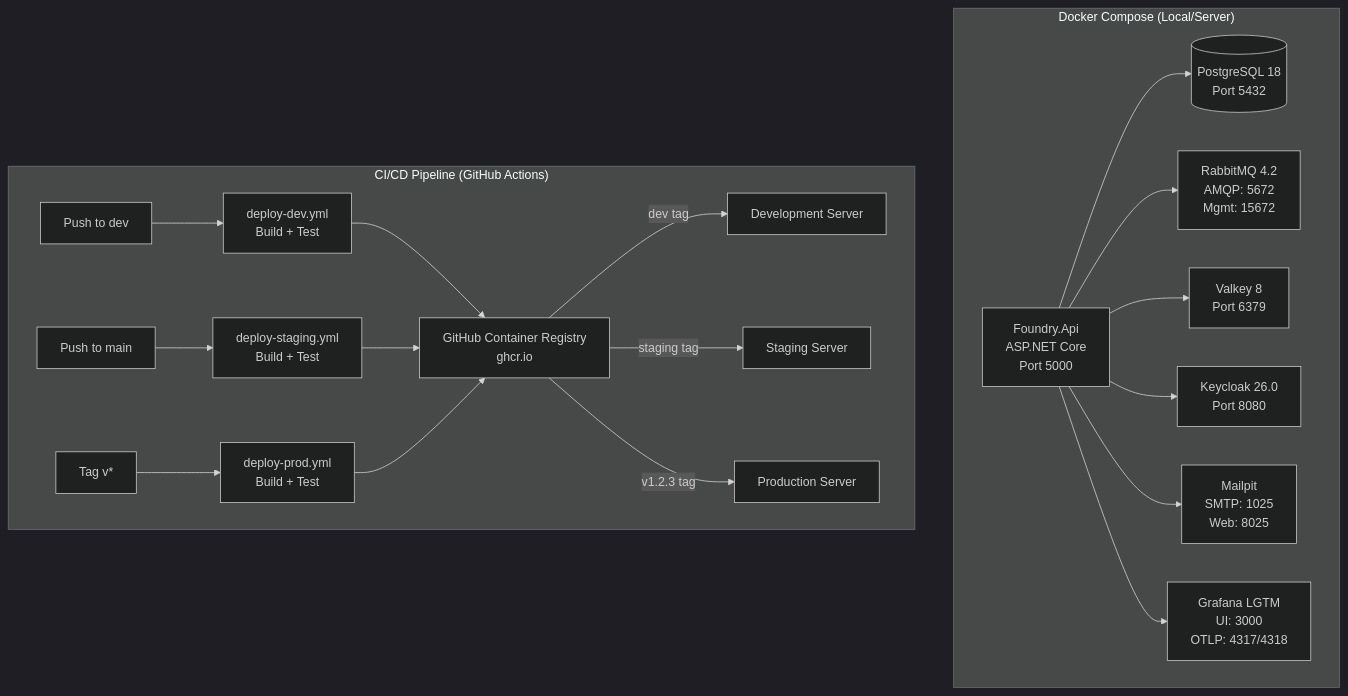
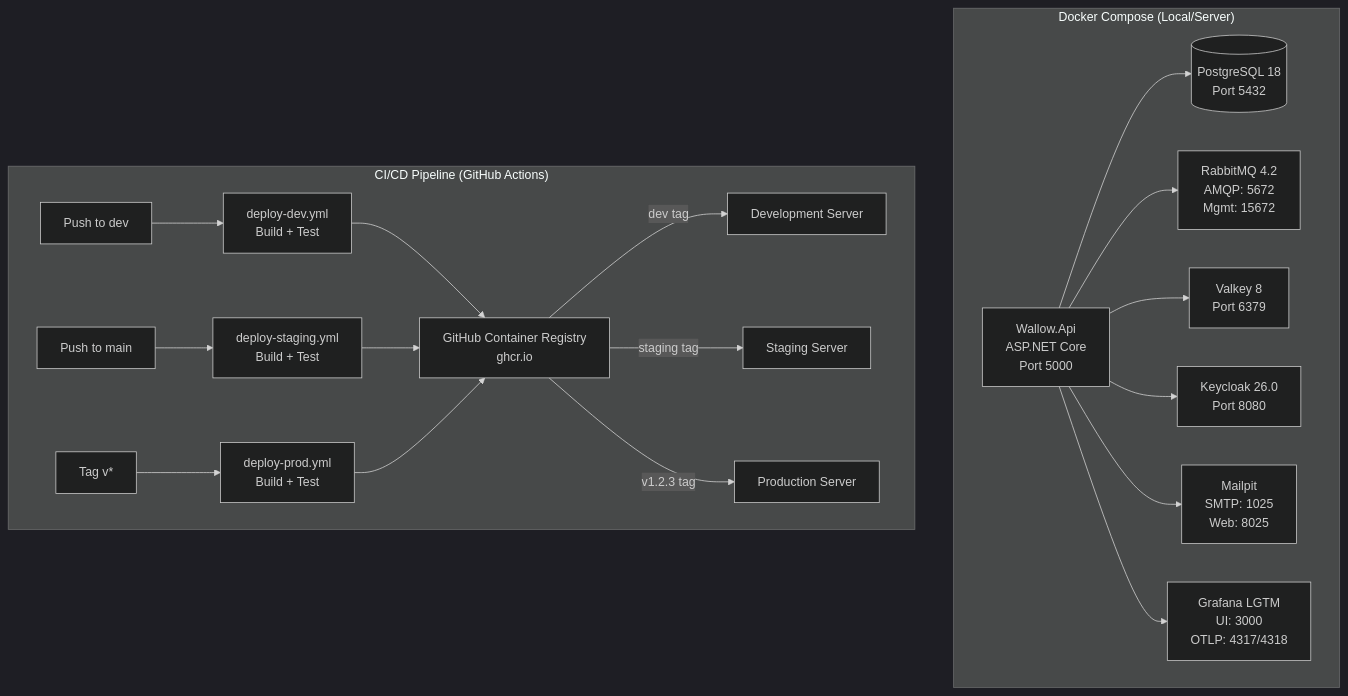
Before and after one commit to bc-solutions-coder/wallow: the fourth of 6 diagrams in docs/architecture/ARCHITECTURE-DIAGRAMS.md, drawn with Mermaid (dark theme). The commit also changed other lines of this file and 3486 other files, not shown here.

First line of the commit message:
refactor!: rename project from Foundry to Wallow

````diff
--- a/docs/architecture/ARCHITECTURE-DIAGRAMS.md
+++ b/docs/architecture/ARCHITECTURE-DIAGRAMS.md
@@ -160,48 +160,48 @@
 ```mermaid
 graph TB
     subgraph "Docker Compose (Local/Server)"
         Postgres[(PostgreSQL 18<br/>Port 5432)]
         RabbitMQ[RabbitMQ 4.2<br/>AMQP: 5672<br/>Mgmt: 15672]
         Valkey[Valkey 8<br/>Port 6379]
         Keycloak[Keycloak 26.0<br/>Port 8080]
         Mailpit[Mailpit<br/>SMTP: 1025<br/>Web: 8025]
         Grafana[Grafana LGTM<br/>UI: 3000<br/>OTLP: 4317/4318]
 
-        Api[Foundry.Api<br/>ASP.NET Core<br/>Port 5000]
+        Api[Wallow.Api<br/>ASP.NET Core<br/>Port 5000]
     end
 
     Api --> Postgres
     Api --> RabbitMQ
     Api --> Valkey
     Api --> Keycloak
     Api --> Mailpit
     Api --> Grafana
 
     subgraph "CI/CD Pipeline (GitHub Actions)"
         Dev[Push to dev]
         Main[Push to main]
         Tag[Tag v*]
 
         BuildDev[deploy-dev.yml<br/>Build + Test]
         BuildStg[deploy-staging.yml<br/>Build + Test]
         BuildProd[deploy-prod.yml<br/>Build + Test]
 
         GHCR[GitHub Container Registry<br/>ghcr.io]
 
         DevServer[Development Server]
         StgServer[Staging Server]
         ProdServer[Production Server]
     end
 
     Dev --> BuildDev
     Main --> BuildStg
     Tag --> BuildProd
 
     BuildDev --> GHCR
     BuildStg --> GHCR
     BuildProd --> GHCR
 
     GHCR -->|dev tag| DevServer
     GHCR -->|staging tag| StgServer
     GHCR -->|v1.2.3 tag| ProdServer
 ```
````
